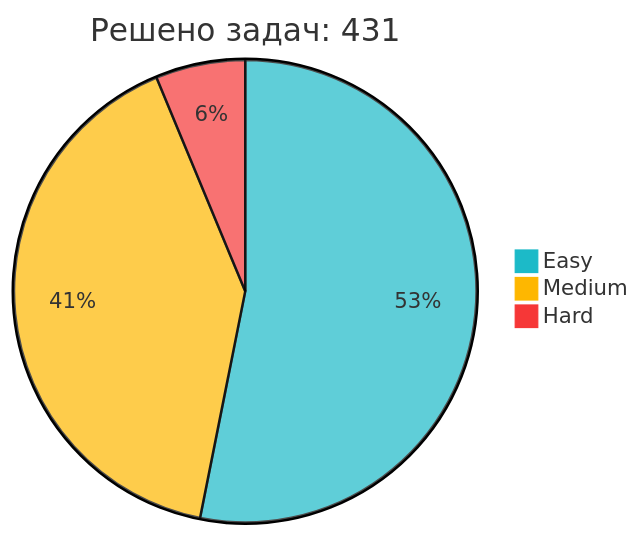
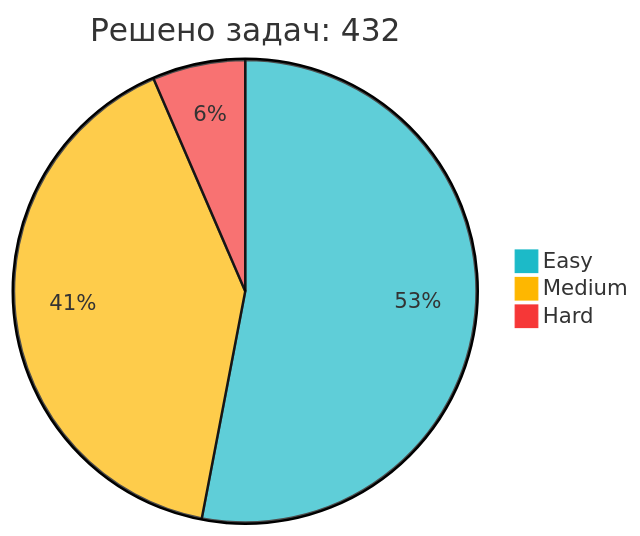
One commit to IliaKurdukov/IliaKurdukov changed the diagram in README.md. Above: the diagram before and after it, drawn with Mermaid. The commit also changed other lines of this file, not shown here.

Commit message:
📈 Обновление статистики LeetCode

````diff
--- a/README.md
+++ b/README.md
@@ -51,7 +51,7 @@
 ```mermaid
 %%{init: {'theme': 'base', 'themeVariables': { 'pie1': '#1CBAC8', 'pie2': '#FEB700', 'pie3': '#F63737' }, 'config': {'width': 300, 'height': 200}}}%%
-pie title Решено задач: 431
+pie title Решено задач: 432
    "Easy" : 229
    "Medium" : 175
-   "Hard" : 27
+   "Hard" : 28
 ```
````
